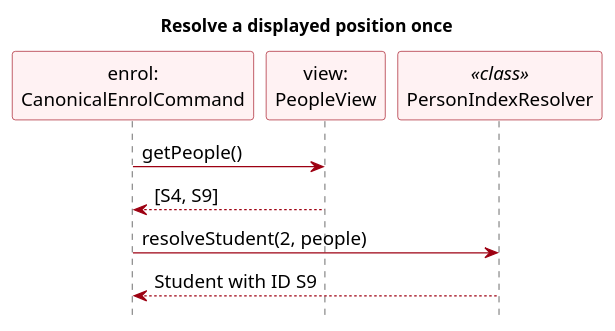
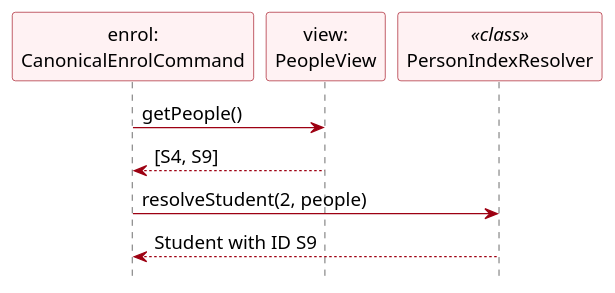
One commit to AY2627S1-CS2103T-F13-3/tp changed the diagram in docs/diagrams/DomainPersonSelection.puml. Above: the diagram before and after it, drawn with PlantUML. The commit also changed 32 other files, not shown here.

Commit message:
Correct remaining UML notation and diagram context

```diff
--- a/docs/diagrams/DomainPersonSelection.puml
+++ b/docs/diagrams/DomainPersonSelection.puml
@@ -1,27 +1,26 @@
 @startuml
 ' Simplified domain draft by Vincent Lin with OpenAI Codex assistance.
 ' Self-contained source; renderer: PlantUML 1.2025.3.
 skinparam defaultFontName Arial
 skinparam defaultFontSize 15
 skinparam shadowing false
 skinparam classAttributeIconSize 0
 skinparam classBackgroundColor #FFF2F3
 skinparam classBorderColor #9D0012
 skinparam classArrowColor #9D0012
 skinparam noteBackgroundColor #FFFBE6
 skinparam noteBorderColor #777777
 skinparam nodesep 35
 skinparam ranksep 40
 
-title Resolve a displayed position once
 skinparam sequenceParticipantBackgroundColor #FFF2F3
 skinparam sequenceParticipantBorderColor #9D0012
 hide footbox
 participant "enrol:\nCanonicalEnrolCommand" as Command
 participant "view:\nPeopleView" as View
 participant PersonIndexResolver as Resolver <<class>>
 Command -> View : getPeople()
 View --> Command : [S4, S9]
 Command -> Resolver : resolveStudent(2, people)
 Resolver --> Command : Student with ID S9
 @enduml
```
